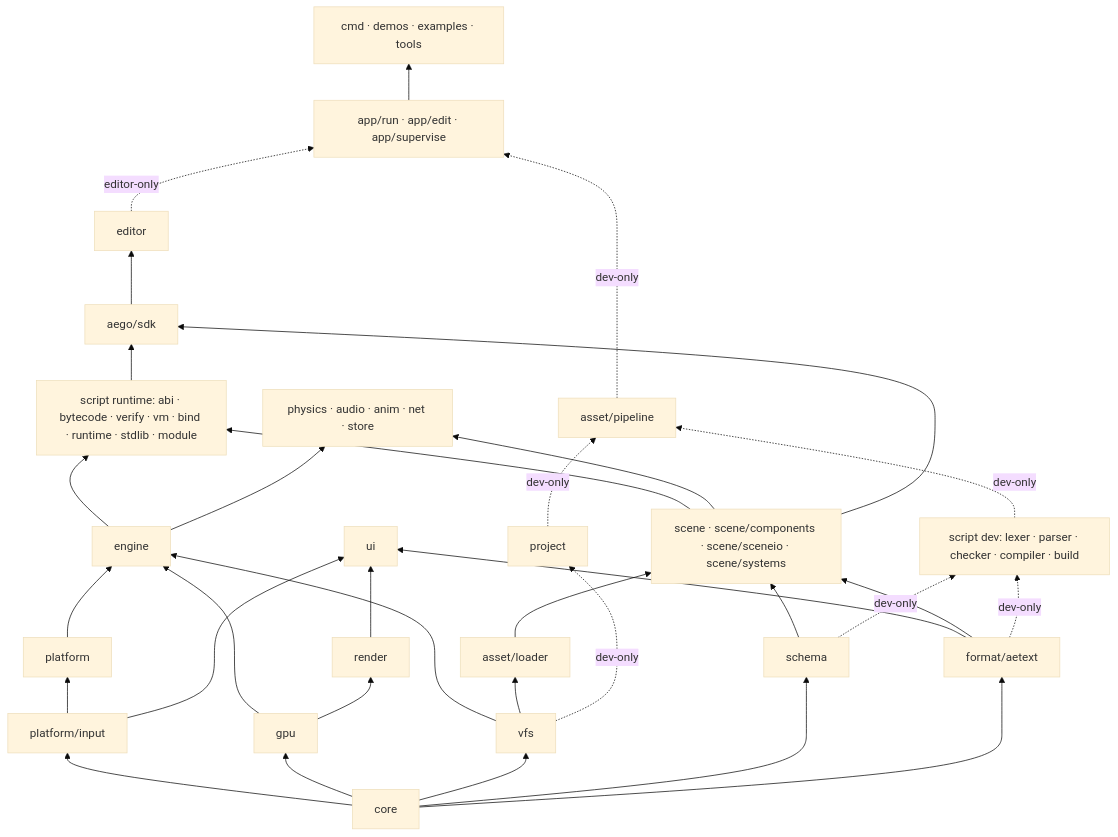
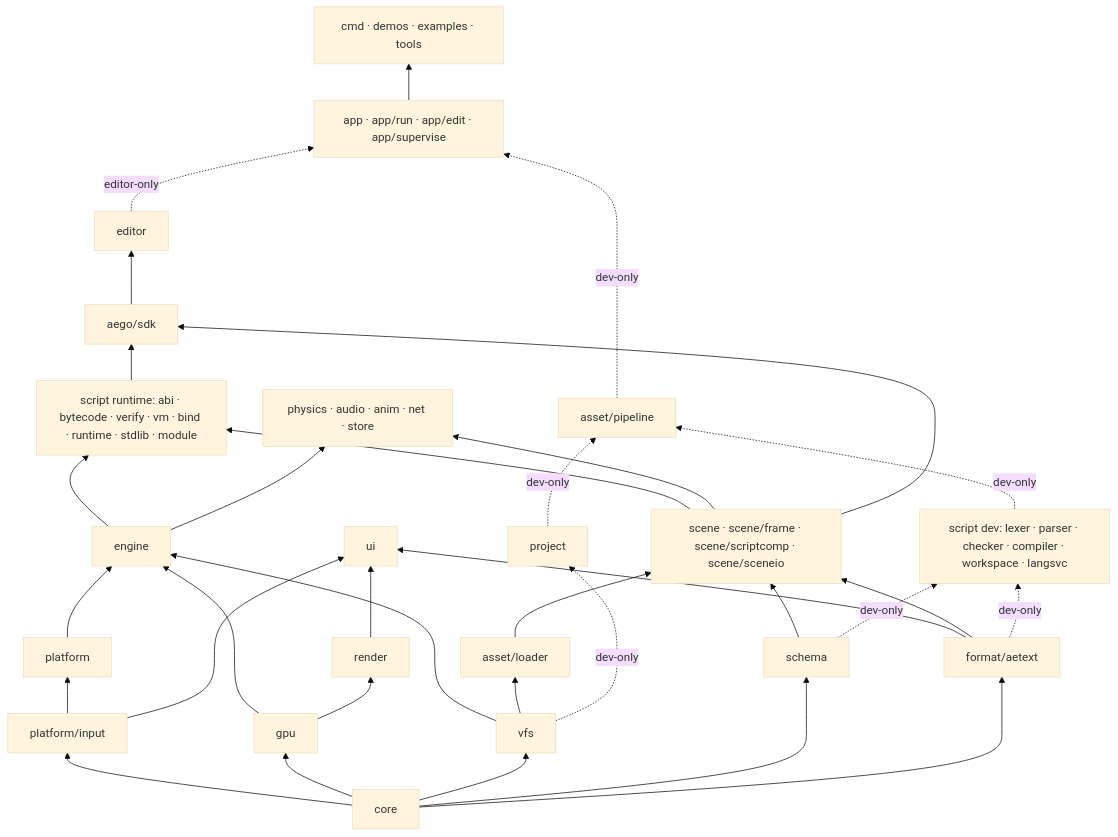
The diagram in ARCHITECTURE.md (Alexander-D-Karpov/aego), drawn with Mermaid (base theme) before and after one commit. The commit also changed other lines of this file and 340 other files, not shown here.

Commit message:
Stage 6: coroutines, signals, ScriptRef, workspace CLI, editor tooling

````diff
--- a/ARCHITECTURE.md
+++ b/ARCHITECTURE.md
@@ -40,53 +40,53 @@
 ```mermaid
 flowchart BT
     core["core"]
     pinput["platform/input"]
     platform["platform"]
     gpu["gpu"]
     vfs["vfs"]
     schema["schema"]
     format["format/aetext"]
     engine["engine"]
     render["render"]
     ui["ui"]
     loader["asset/loader"]
-    scene["scene · scene/components · scene/sceneio · scene/systems"]
+    scene["scene · scene/frame · scene/scriptcomp · scene/sceneio"]
     scriptrt["script runtime: abi · bytecode · verify · vm · bind · runtime · stdlib · module"]
     gameplay["physics · audio · anim · net · store"]
     sdk["aego/sdk"]
     editor["editor"]
-    scriptdev["script dev: lexer · parser · checker · compiler · build"]
+    scriptdev["script dev: lexer · parser · checker · compiler · workspace · langsvc"]
     project["project"]
     pipeline["asset/pipeline"]
-    app["app/run · app/edit · app/supervise"]
+    app["app · app/run · app/edit · app/supervise"]
     entry["cmd · demos · examples · tools"]
 
     core --> pinput --> platform --> engine
     core --> gpu --> engine
     core --> vfs --> engine
     core --> schema
     core --> format
     gpu --> render
     pinput --> ui
     render --> ui
     format --> ui
     vfs --> loader
     schema --> scene
     loader --> scene
     format --> scene
     engine --> scriptrt
     scene --> scriptrt
     engine --> gameplay
     scene --> gameplay
     scene --> sdk
     scriptrt --> sdk
     sdk --> editor
     schema -. dev-only .-> scriptdev
     format -. dev-only .-> scriptdev
     vfs -. dev-only .-> project
     project -. dev-only .-> pipeline
     scriptdev -. dev-only .-> pipeline
     pipeline -. dev-only .-> app
     editor -. editor-only .-> app
     app --> entry
 ```
````
